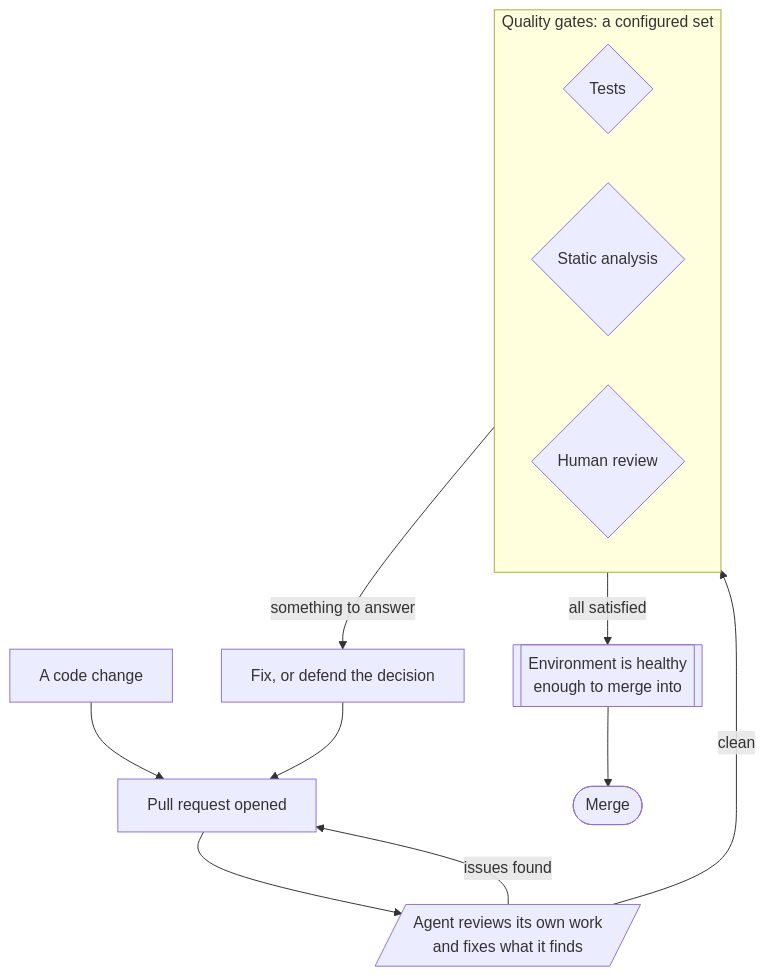
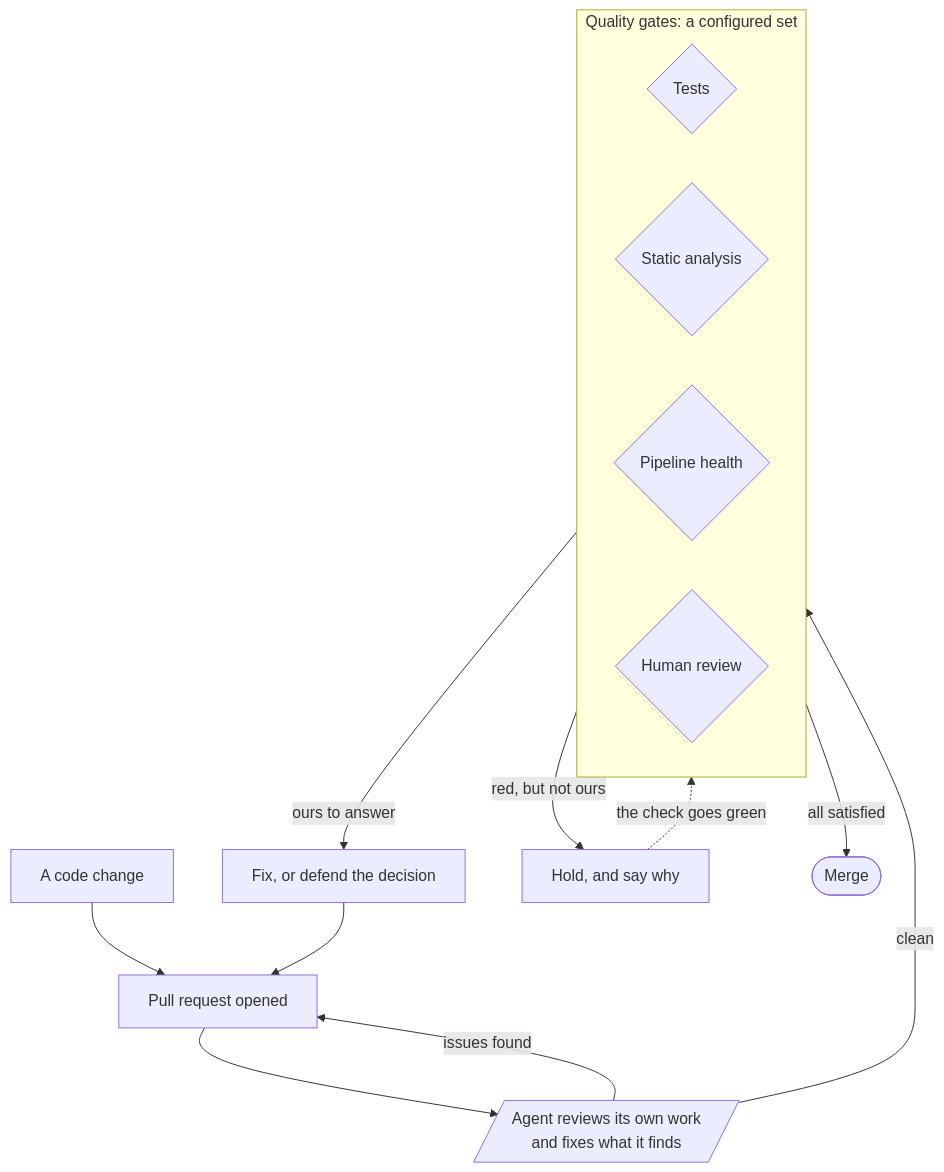
One commit to AdamAwan/LubbDubb changed the third of 4 diagrams in docs/workflow.md. Above: the diagram before and after it, drawn with Mermaid. The commit also changed other lines of this file, not shown here.

First line of the commit message:
Fold the environment gate into the quality gates

````diff
--- a/docs/workflow.md
+++ b/docs/workflow.md
@@ -73,19 +73,21 @@
 ```mermaid
 flowchart TD
     C[A code change] --> PR[Pull request opened]
     PR --> SR[/Agent reviews its own work<br/>and fixes what it finds/]
     SR -- issues found --> PR
 
     subgraph QG ["Quality gates: a configured set"]
         direction LR
         TS{Tests}
         SA{Static analysis}
+        PH{Pipeline health}
         HR{Human review}
     end
 
     SR -- clean --> QG
-    QG -- something to answer --> FX[Fix, or defend the decision]
+    QG -- ours to answer --> FX[Fix, or defend the decision]
     FX --> PR
-    QG -- all satisfied --> EG[[Environment is healthy<br/>enough to merge into]]
-    EG --> M([Merge])
+    QG -- red, but not ours --> WT[Hold, and say why]
+    WT -. the check goes green .-> QG
+    QG -- all satisfied --> M([Merge])
 ```
````
